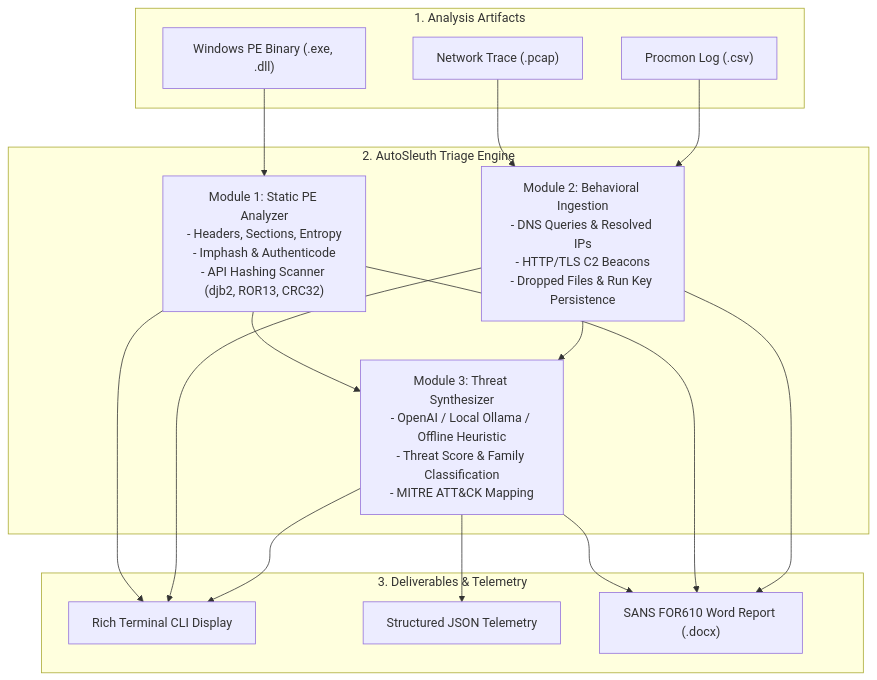
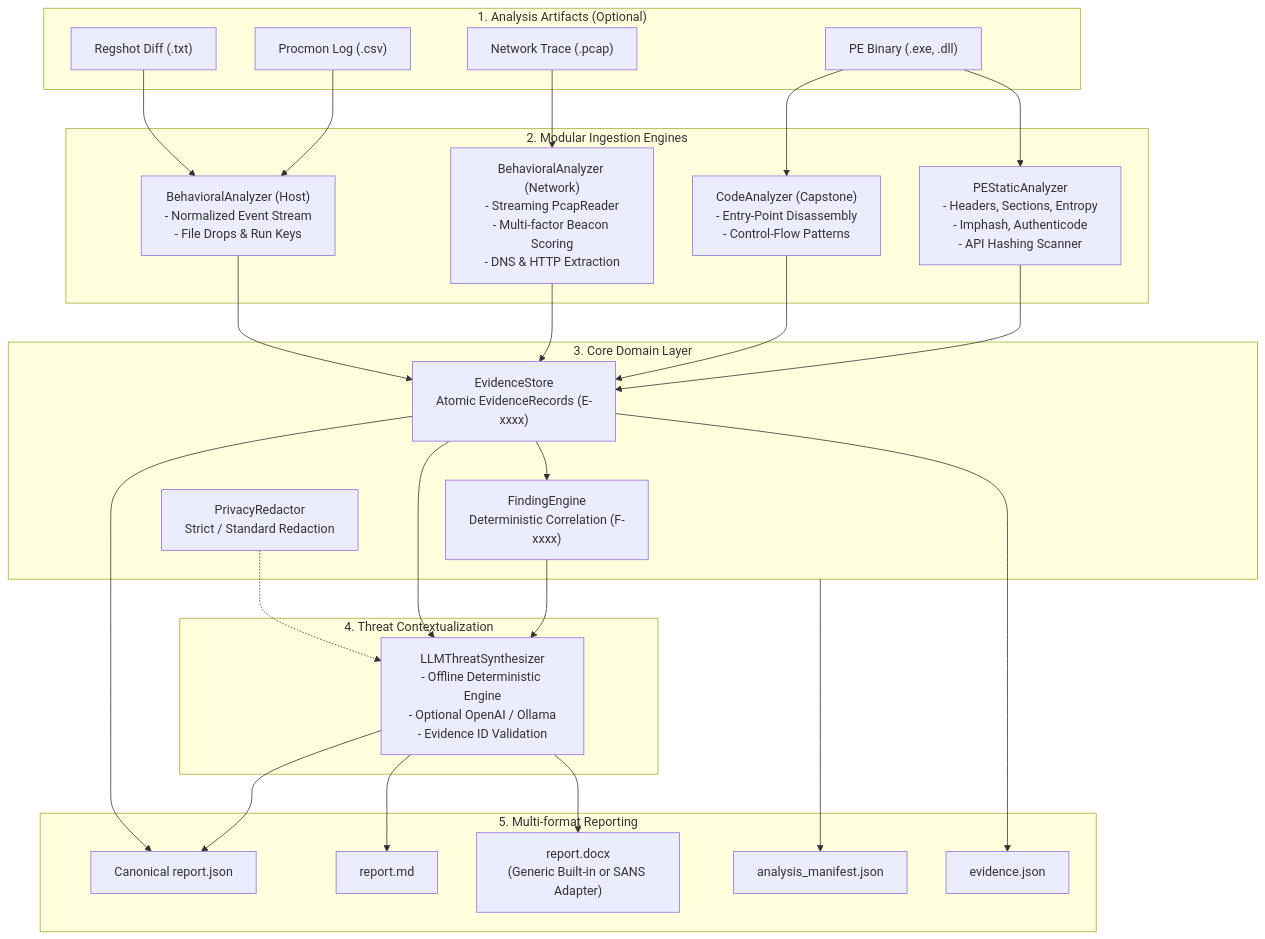
The diagram in README.md (DangGPhuc/0206), drawn with Mermaid before and after one commit. The commit also changed other lines of this file and 43 other files, not shown here.

Commit message:
refactor: optimize privacy redaction, telemetry ingestion and report findings

````diff
--- a/README.md
+++ b/README.md
@@ -16,33 +47,57 @@
 ```mermaid
 flowchart TD
-    subgraph Inputs["1. Analysis Artifacts"]
-        PE["Windows PE Binary (.exe, .dll)"]
+    subgraph Inputs["1. Analysis Artifacts (Optional)"]
+        PE["PE Binary (.exe, .dll)"]
         PCAP["Network Trace (.pcap)"]
         PROCMON["Procmon Log (.csv)"]
+        REGSHOT["Regshot Diff (.txt)"]
     end
 
-    subgraph CoreEngine["2. AutoSleuth Triage Engine"]
-        Static["Module 1: Static PE Analyzer\n- Headers, Sections, Entropy\n- Imphash & Authenticode\n- API Hashing Scanner (djb2, ROR13, CRC32)"]
-        Beh["Module 2: Behavioral Ingestion\n- DNS Queries & Resolved IPs\n- HTTP/TLS C2 Beacons\n- Dropped Files & Run Key Persistence"]
-        AI["Module 3: Threat Synthesizer\n- OpenAI / Local Ollama / Offline Heuristic\n- Threat Score & Family Classification\n- MITRE ATT&CK Mapping"]
+    subgraph Analyzers["2. Modular Ingestion Engines"]
+        PEA["PEStaticAnalyzer\n- Headers, Sections, Entropy\n- Imphash, Authenticode\n- API Hashing Scanner"]
+        DIS["CodeAnalyzer (Capstone)\n- Entry-Point Disassembly\n- Control-Flow Patterns"]
+        NET["BehavioralAnalyzer (Network)\n- Streaming PcapReader\n- Multi-factor Beacon Scoring\n- DNS & HTTP Extraction"]
+        HOST["BehavioralAnalyzer (Host)\n- Normalized Event Stream\n- File Drops & Run Keys"]
     end
 
-    subgraph Outputs["3. Deliverables & Telemetry"]
-        CLI["Rich Terminal CLI Display"]
-        JSON["Structured JSON Telemetry"]
-        DOCX["SANS FOR610 Word Report (.docx)"]
+    subgraph CoreLayer["3. Core Domain Layer"]
+        ES["EvidenceStore\nAtomic EvidenceRecords (E-xxxx)"]
+        FE["FindingEngine\nDeterministic Correlation (F-xxxx)"]
+        PR["PrivacyRedactor\nStrict / Standard Redaction"]
     end
 
-    PE --> Static
-    PCAP --> Beh
-    PROCMON --> Beh
-    Static --> AI
-    Beh --> AI
-    Static --> CLI
-    Beh --> CLI
-    AI --> CLI
-    AI --> JSON
-    AI --> DOCX
-    Static --> DOCX
-    Beh --> DOCX
+    subgraph AIEnrichment["4. Threat Contextualization"]
+        AI["LLMThreatSynthesizer\n- Offline Deterministic Engine\n- Optional OpenAI / Ollama\n- Evidence ID Validation"]
+    end
+
+    subgraph Deliverables["5. Multi-format Reporting"]
+        REP_JSON["Canonical report.json"]
+        REP_MD["report.md"]
+        REP_DOCX["report.docx\n(Generic Built-in or SANS Adapter)"]
+        MANIFEST["analysis_manifest.json"]
+        EV_STORE["evidence.json"]
+    end
+
+    PE --> PEA
+    PE --> DIS
+    PCAP --> NET
+    PROCMON --> HOST
+    REGSHOT --> HOST
+
+    PEA --> ES
+    DIS --> ES
+    NET --> ES
+    HOST --> ES
+
+    ES --> FE
+    FE --> AI
+    ES --> AI
+    PR -.-> AI
+
+    AI --> REP_JSON
+    AI --> REP_MD
+    AI --> REP_DOCX
+    ES --> REP_JSON
+    ES --> EV_STORE
+    CoreLayer --> MANIFEST
 ```
````
